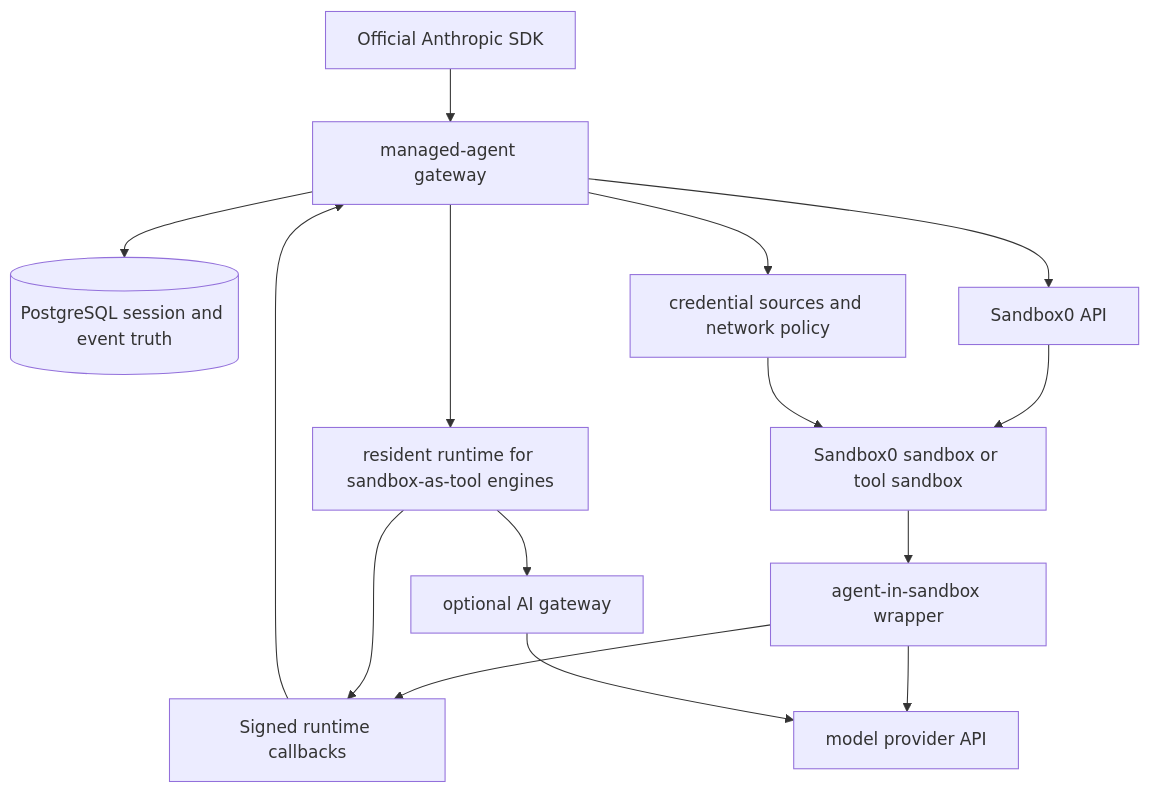
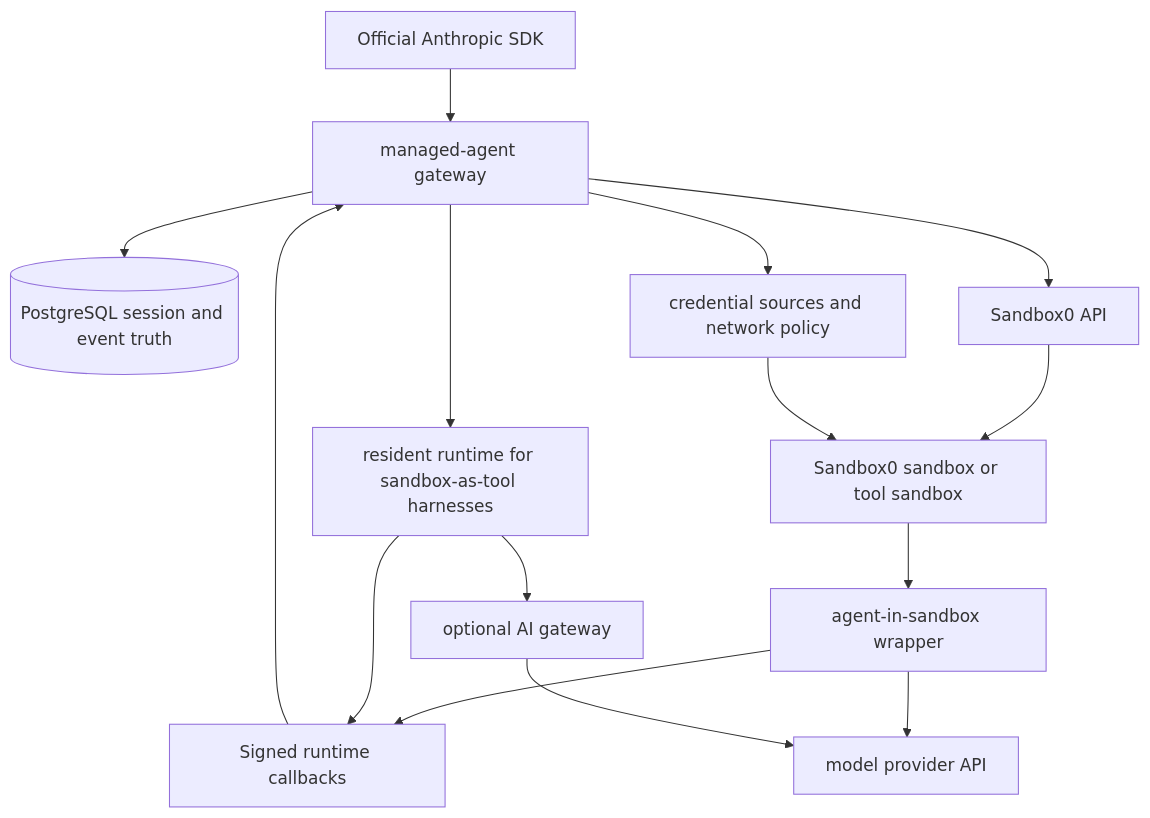
The diagram in docs/managed-agents/page.mdx (sandbox0-ai/sandbox0), drawn with Mermaid before and after one commit. The commit also changed other lines of this file and 8 other files, not shown here.

Commit message:
docs: rename agent engines to agent harnesses (#359)

````diff
--- a/docs/managed-agents/page.mdx
+++ b/docs/managed-agents/page.mdx
@@ -39,17 +39,17 @@
 ```mermaid
 flowchart TD
     sdk[Official Anthropic SDK] --> gateway[managed-agent gateway]
     gateway --> pg[(PostgreSQL session and event truth)]
     gateway --> sandbox0[Sandbox0 API]
     sandbox0 --> runtime[Sandbox0 sandbox or tool sandbox]
-    gateway --> resident[resident runtime for sandbox-as-tool engines]
+    gateway --> resident[resident runtime for sandbox-as-tool harnesses]
     runtime --> wrapper[agent-in-sandbox wrapper]
     wrapper --> callbacks[Signed runtime callbacks]
     resident --> callbacks
     callbacks --> gateway
     wrapper --> llm[model provider API]
     resident --> aigateway[optional AI gateway]
     aigateway --> llm
     gateway --> credentials[credential sources and network policy]
     credentials --> runtime
 ```
````
